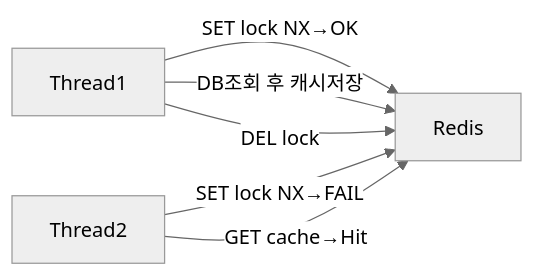
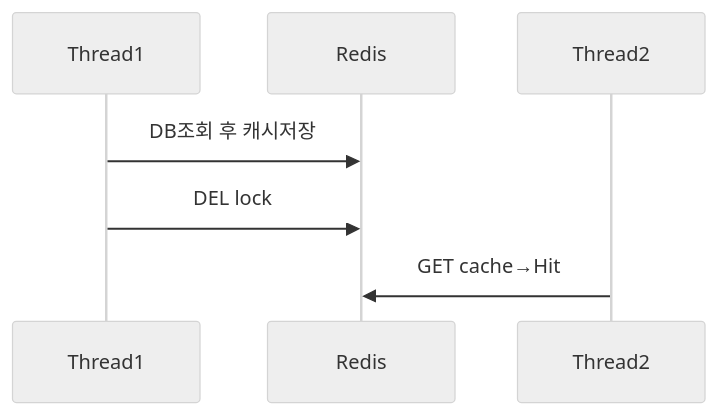
The fourth of 8 diagrams in _posts/caching/2026-05-03-cache-invalidation.md (yjkim2015/yjkim2015.github.io), drawn with Mermaid (neutral theme) before and after one commit. The commit also changed other lines of this file and 89 other files, not shown here.

First line of the commit message:
복잡한 flowchart 163개 → sequenceDiagram 변환 (90파일)

````diff
--- a/_posts/caching/2026-05-03-cache-invalidation.md
+++ b/_posts/caching/2026-05-03-cache-invalidation.md
@@ -244,8 +243,6 @@
 ```mermaid
-graph LR
-    T1["Thread1"] -->|"SET lock NX→OK"| R["Redis"]
-    T2["Thread2"] -->|"SET lock NX→FAIL"| R
-    T1 -->|"DB조회 후 캐시저장"| R
-    T1 -->|"DEL lock"| R
-    T2 -->|"GET cache→Hit"| R
+sequenceDiagram
+    Thread1->>Redis: DB조회 후 캐시저장
+    Thread1->>Redis: DEL lock
+    Thread2->>Redis: GET cache→Hit
 ```
````
